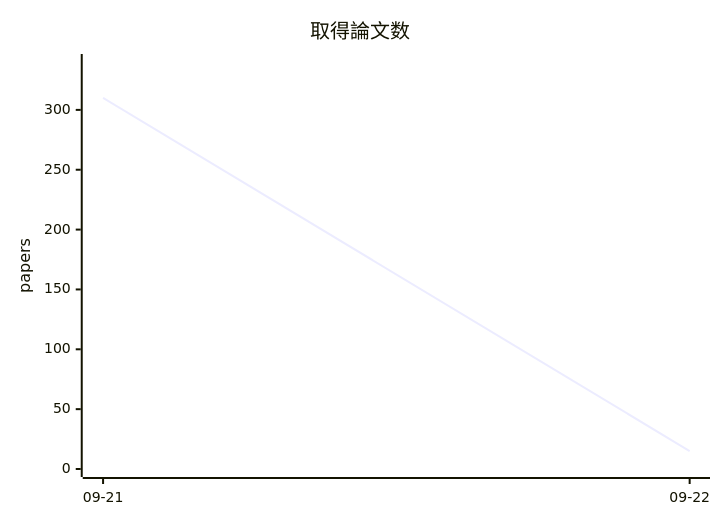
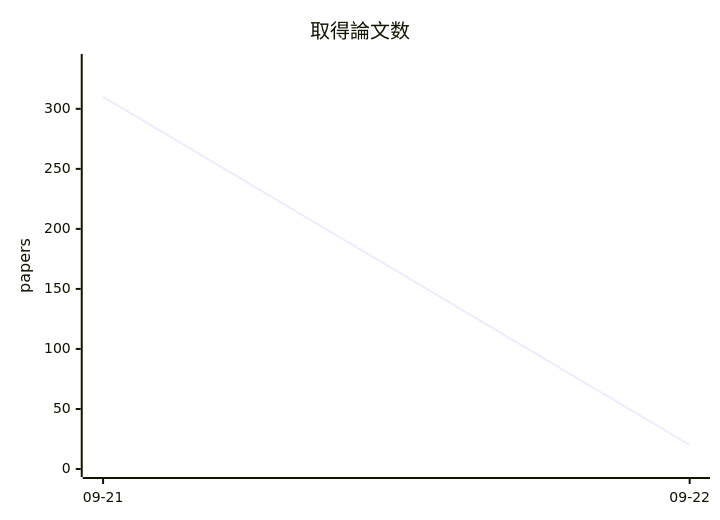
One commit to uzak0209/AI-Research changed the third of 3 diagrams in docs/metrics-trend.md. Above: the diagram before and after it, drawn with Mermaid. The commit also changed other lines of this file and 3 other files, not shown here.

````diff
--- a/docs/metrics-trend.md
+++ b/docs/metrics-trend.md
@@ -67,7 +67,7 @@
 ```mermaid
 xychart-beta
     title "取得論文数"
     x-axis ["09-21", "09-22"]
-    y-axis "papers" 0 --> 340
-    line [310, 15]
+    y-axis "papers" 0 --> 339
+    line [310, 20]
 ```
````
